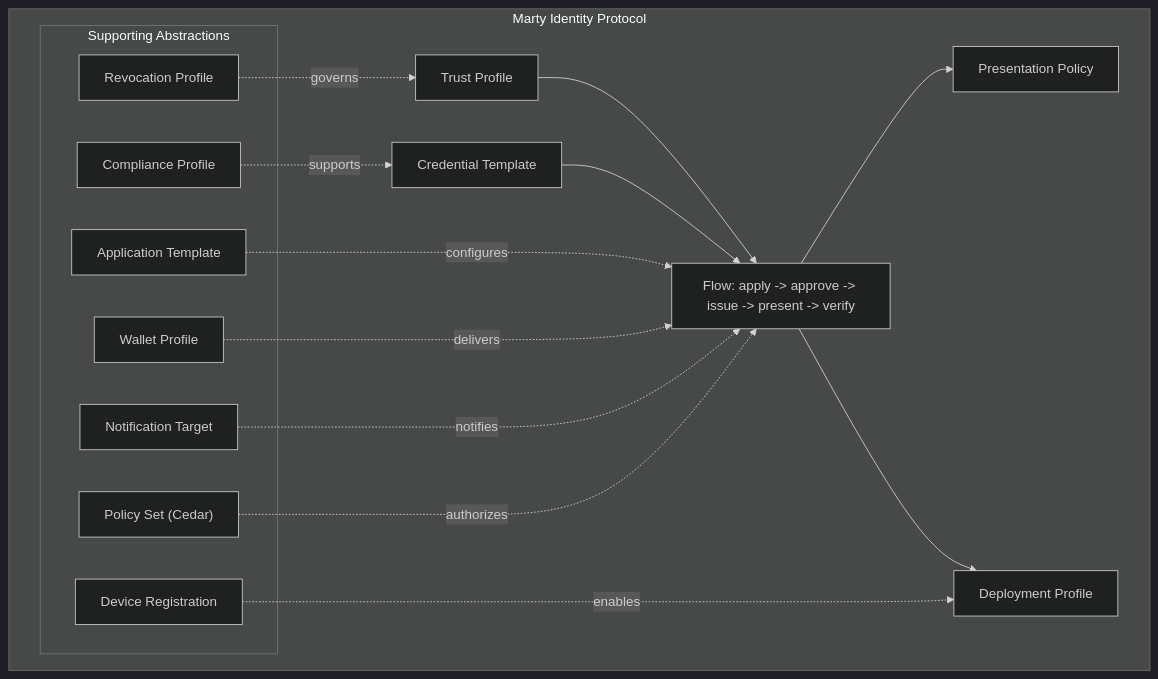
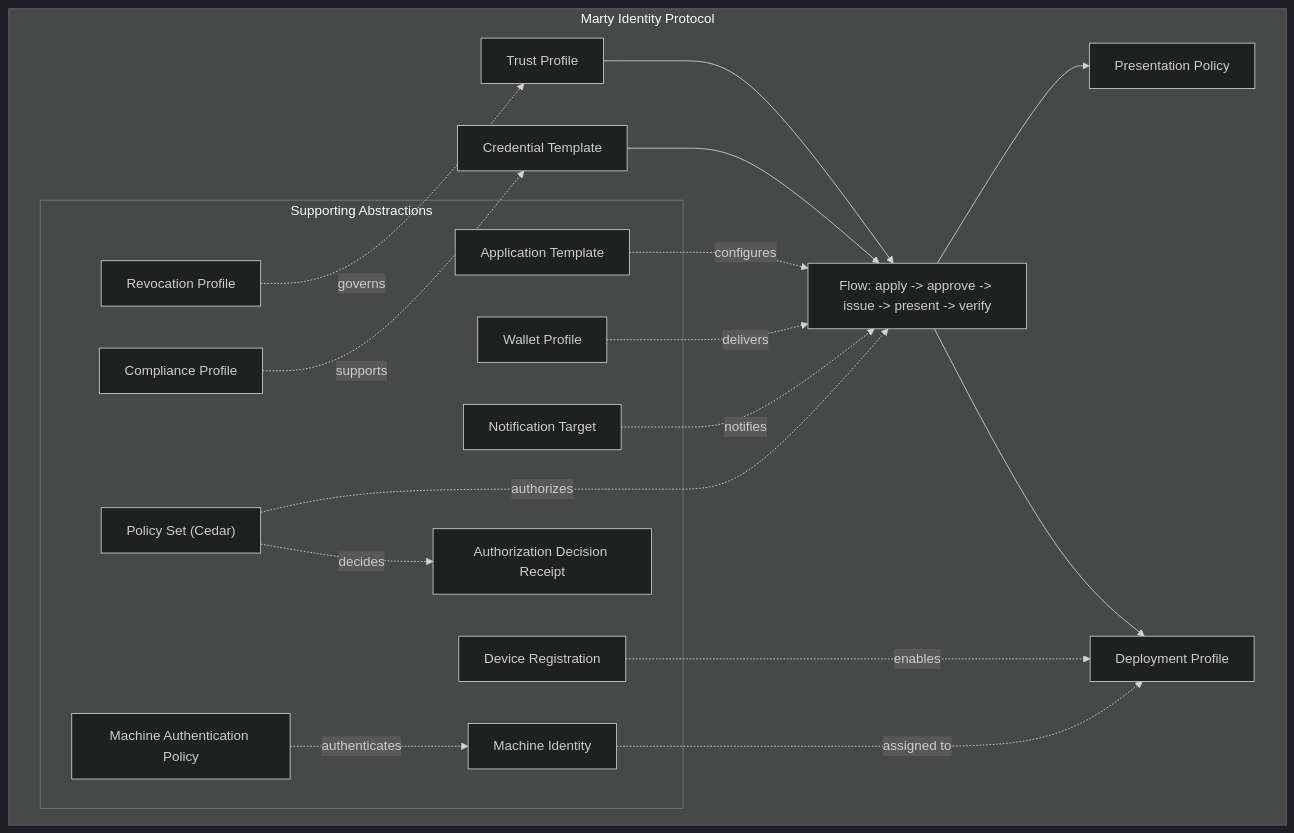
One commit to Marty-Protocol/Marty-Protocol changed the diagram in README.md. Above: the diagram before and after it, drawn with Mermaid (dark theme). The commit also changed other lines of this file and 68 other files, not shown here.

First line of the commit message:
feat: define machine identity and correct reserved profile claims (#41)

````diff
--- a/README.md
+++ b/README.md
@@ -13,33 +15,39 @@
 ```mermaid
 flowchart TB
   subgraph MIP["Marty Identity Protocol"]
     TP["Trust Profile"]
     CT["Credential Template"]
     F["Flow: apply -> approve -> issue -> present -> verify"]
     PP["Presentation Policy"]
     DP["Deployment Profile"]
 
     TP --> F
     CT --> F
     F --> PP
     F --> DP
 
     subgraph Support["Supporting Abstractions"]
       CP["Compliance Profile"]
       AT["Application Template"]
       RP["Revocation Profile"]
       WP["Wallet Profile"]
       DR["Device Registration"]
+      MI["Machine Identity"]
+      MAP["Machine Authentication Policy"]
+      ADR["Authorization Decision Receipt"]
       NT["Notification Target"]
       PS["Policy Set (Cedar)"]
     end
 
     CP -. supports .-> CT
     AT -. configures .-> F
     RP -. governs .-> TP
     WP -. delivers .-> F
     DR -. enables .-> DP
+    MI -. assigned to .-> DP
+    MAP -. authenticates .-> MI
+    PS -. decides .-> ADR
     NT -. notifies .-> F
     PS -. authorizes .-> F
   end
 ```
````
